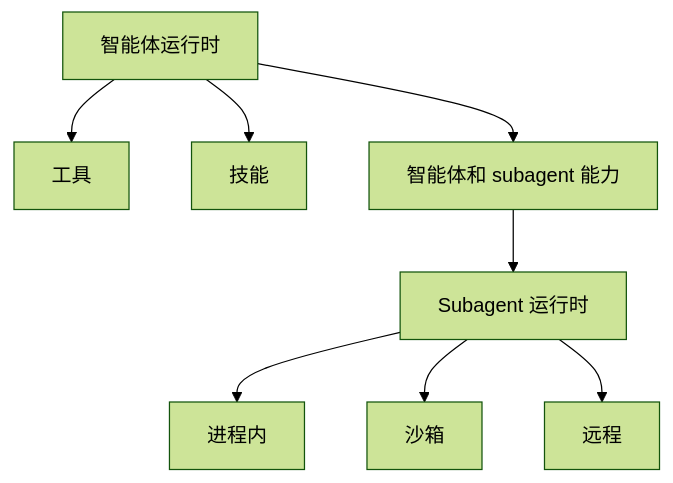
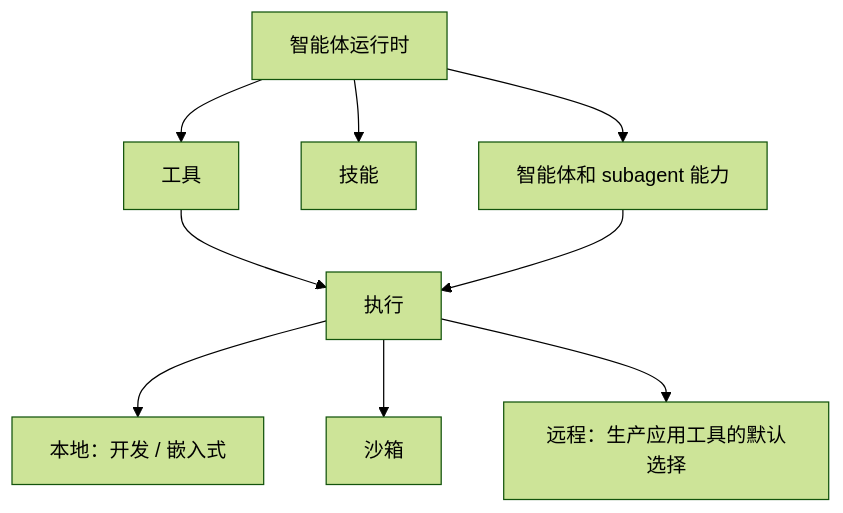
Before and after one commit to karaka-ai/karaka: the fifth of 6 diagrams in docs/architecture.zh.md, drawn with Mermaid (forest theme). The commit also changed other lines of this file and 2 other files, not shown here.

Commit message:
docs: clarify agent runtime architecture

````diff
--- a/docs/architecture.zh.md
+++ b/docs/architecture.zh.md
@@ -201,11 +344,12 @@
 ```mermaid
 flowchart TB
   Runtime["智能体运行时"]
   Runtime --> ToolCapability["工具"]
   Runtime --> SkillCapability["技能"]
   Runtime --> AgentCapability["智能体和 subagent 能力"]
-  AgentCapability --> Routing["Subagent 运行时"]
-  Routing --> InProcess["进程内"]
-  Routing --> Sandbox["沙箱"]
-  Routing --> RemoteExecution["远程"]
+  ToolCapability --> Execution["执行"]
+  AgentCapability --> Execution
+  Execution --> InProcess["本地：开发 / 嵌入式"]
+  Execution --> Sandbox["沙箱"]
+  Execution --> RemoteExecution["远程：生产应用工具的默认选择"]
 ```
````
